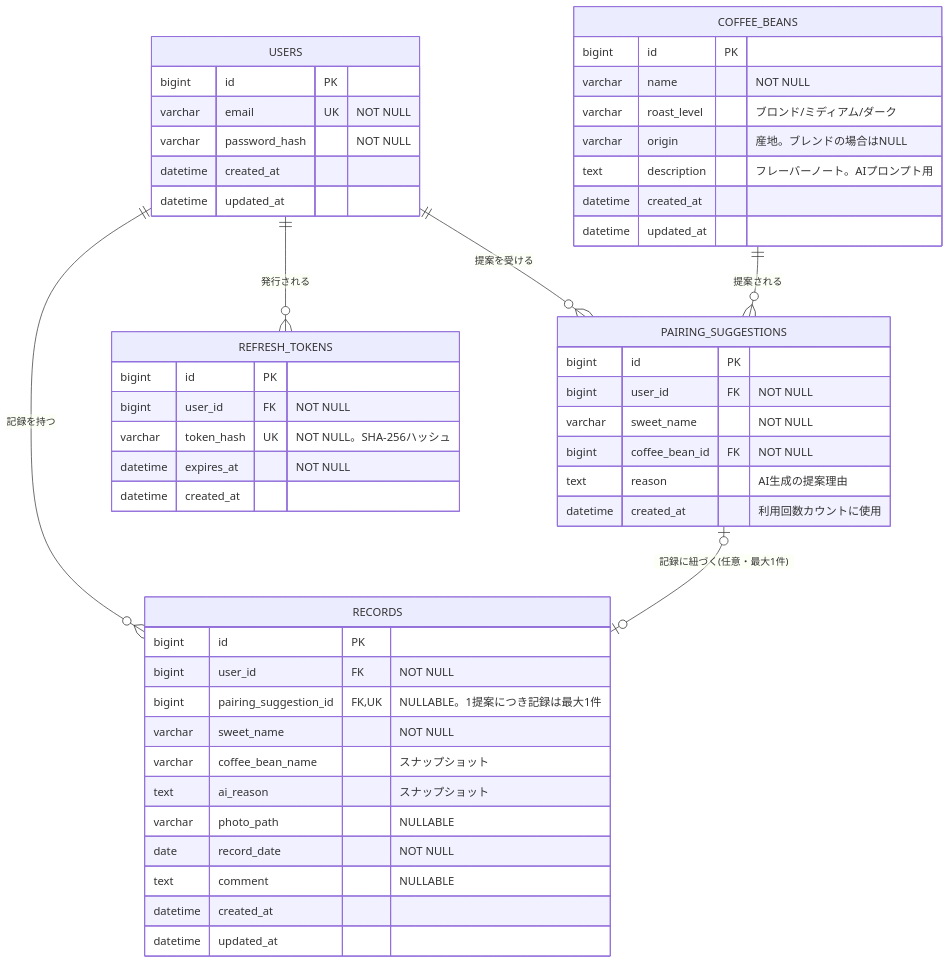
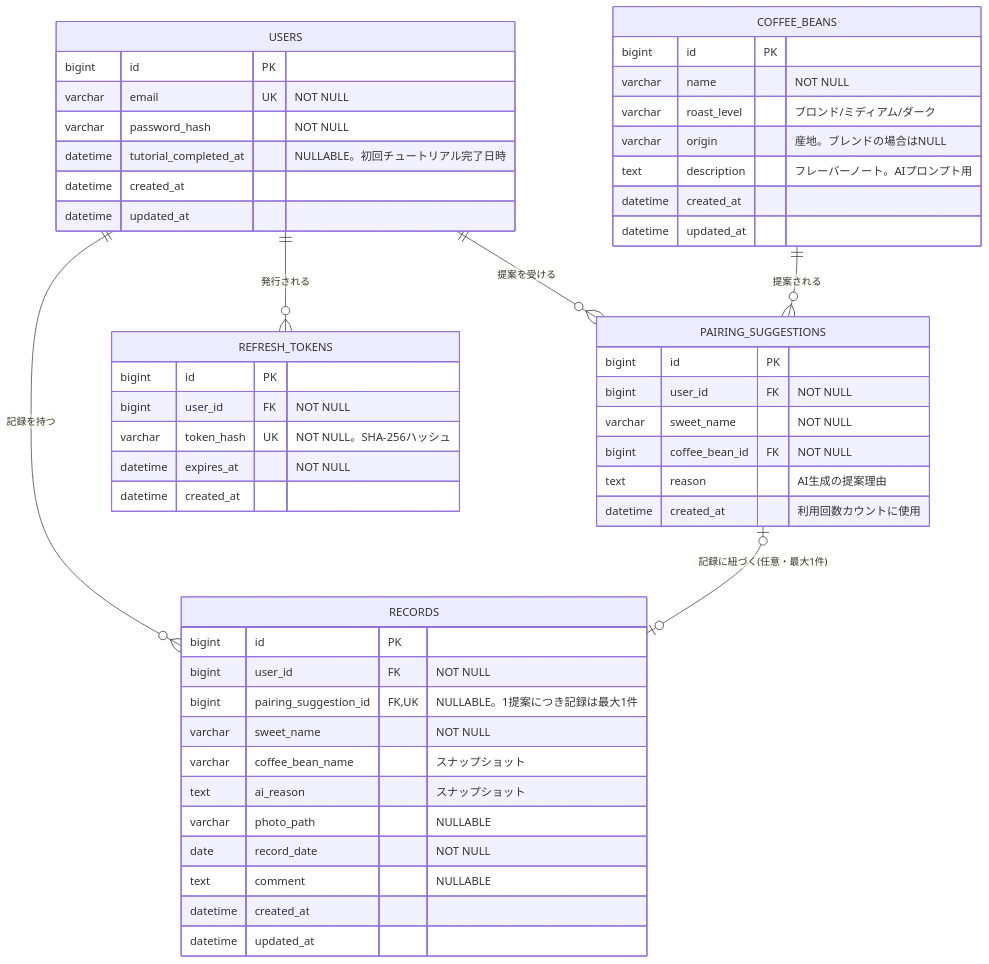
One commit to KeisukeFuruta/Chococo changed the diagram in docs/database-design.md. Above: the diagram before and after it, drawn with Mermaid. The commit also changed other lines of this file and 23 other files, not shown here.

````diff
--- a/docs/database-design.md
+++ b/docs/database-design.md
@@ -8,57 +8,58 @@
 ```mermaid
 erDiagram
     USERS ||--o{ PAIRING_SUGGESTIONS : "提案を受ける"
     USERS ||--o{ RECORDS : "記録を持つ"
     USERS ||--o{ REFRESH_TOKENS : "発行される"
     COFFEE_BEANS ||--o{ PAIRING_SUGGESTIONS : "提案される"
     PAIRING_SUGGESTIONS |o--o| RECORDS : "記録に紐づく(任意・最大1件)"
 
     USERS {
         bigint id PK
         varchar email UK "NOT NULL"
         varchar password_hash "NOT NULL"
+        datetime tutorial_completed_at "NULLABLE。初回チュートリアル完了日時"
         datetime created_at
         datetime updated_at
     }
 
     REFRESH_TOKENS {
         bigint id PK
         bigint user_id FK "NOT NULL"
         varchar token_hash UK "NOT NULL。SHA-256ハッシュ"
         datetime expires_at "NOT NULL"
         datetime created_at
     }
 
     COFFEE_BEANS {
         bigint id PK
         varchar name "NOT NULL"
         varchar roast_level "ブロンド/ミディアム/ダーク"
         varchar origin "産地。ブレンドの場合はNULL"
         text description "フレーバーノート。AIプロンプト用"
         datetime created_at
         datetime updated_at
     }
 
     PAIRING_SUGGESTIONS {
         bigint id PK
         bigint user_id FK "NOT NULL"
         varchar sweet_name "NOT NULL"
         bigint coffee_bean_id FK "NOT NULL"
         text reason "AI生成の提案理由"
         datetime created_at "利用回数カウントに使用"
     }
 
     RECORDS {
         bigint id PK
         bigint user_id FK "NOT NULL"
         bigint pairing_suggestion_id FK,UK "NULLABLE。1提案につき記録は最大1件"
         varchar sweet_name "NOT NULL"
         varchar coffee_bean_name "スナップショット"
         text ai_reason "スナップショット"
         varchar photo_path "NULLABLE"
         date record_date "NOT NULL"
         text comment "NULLABLE"
         datetime created_at
         datetime updated_at
     }
 ```
````
